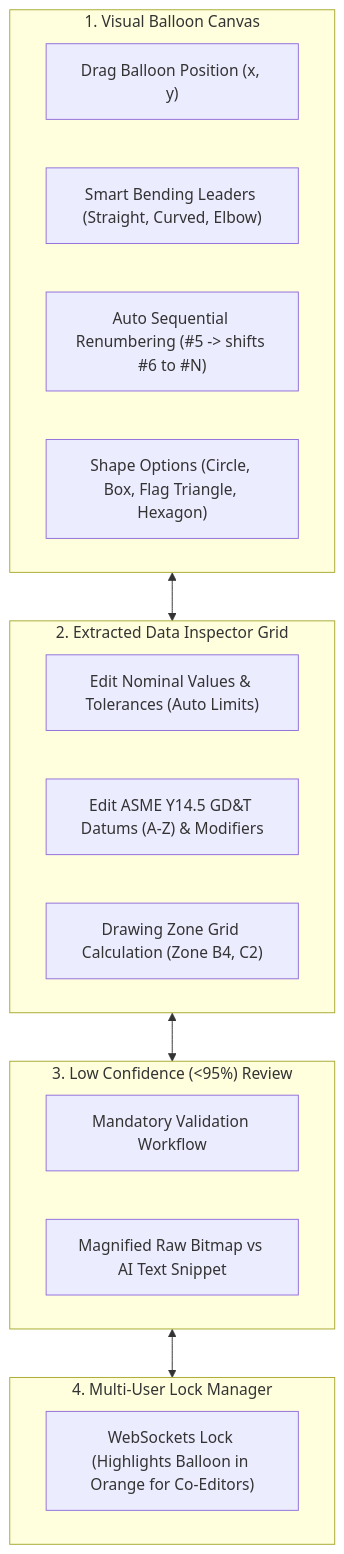
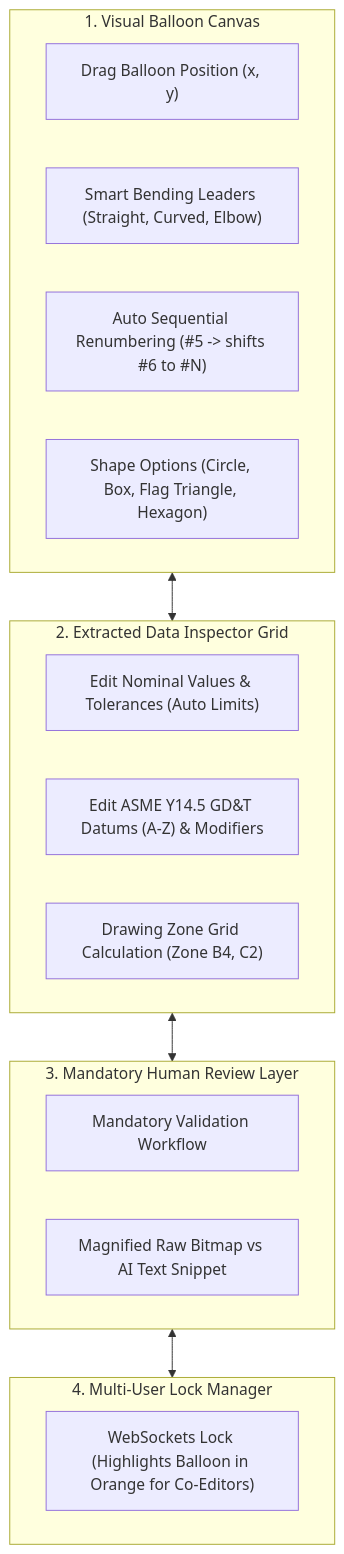
The fourth of 5 diagrams in Phase_3_System_Architecture_Stages.md (LoonistApp/Loonist), drawn with Mermaid before and after one commit. The commit also changed other lines of this file and 3 other files, not shown here.

Commit message:
Design the complete architecture

````diff
--- a/Phase_3_System_Architecture_Stages.md
+++ b/Phase_3_System_Architecture_Stages.md
@@ -115,26 +115,26 @@
 ```mermaid
 flowchart TD
     subgraph Canvas_Layer ["1. Visual Balloon Canvas"]
         DragBall["Drag Balloon Position (x, y)"]
         BendingLeader["Smart Bending Leaders (Straight, Curved, Elbow)"]
         RenumberCascade["Auto Sequential Renumbering (#5 -> shifts #6 to #N)"]
         Shapes["Shape Options (Circle, Box, Flag Triangle, Hexagon)"]
     end
 
     subgraph Table_Layer ["2. Extracted Data Inspector Grid"]
         EditNominal["Edit Nominal Values & Tolerances (Auto Limits)"]
         EditGDT["Edit ASME Y14.5 GD&T Datums (A-Z) & Modifiers"]
         ZoneGrid["Drawing Zone Grid Calculation (Zone B4, C2)"]
     end
 
-    subgraph Review_Layer ["3. Low Confidence (<95%) Review"]
+    subgraph Review_Layer ["3. Mandatory Human Review Layer"]
         ValidationFlow["Mandatory Validation Workflow"]
         CropCallout["Magnified Raw Bitmap vs AI Text Snippet"]
     end
 
     subgraph Lock_Layer ["4. Multi-User Lock Manager"]
         WSLock["WebSockets Lock (Highlights Balloon in Orange for Co-Editors)"]
     end
 
     Canvas_Layer <--> Table_Layer <--> Review_Layer <--> Lock_Layer
 ```
````
